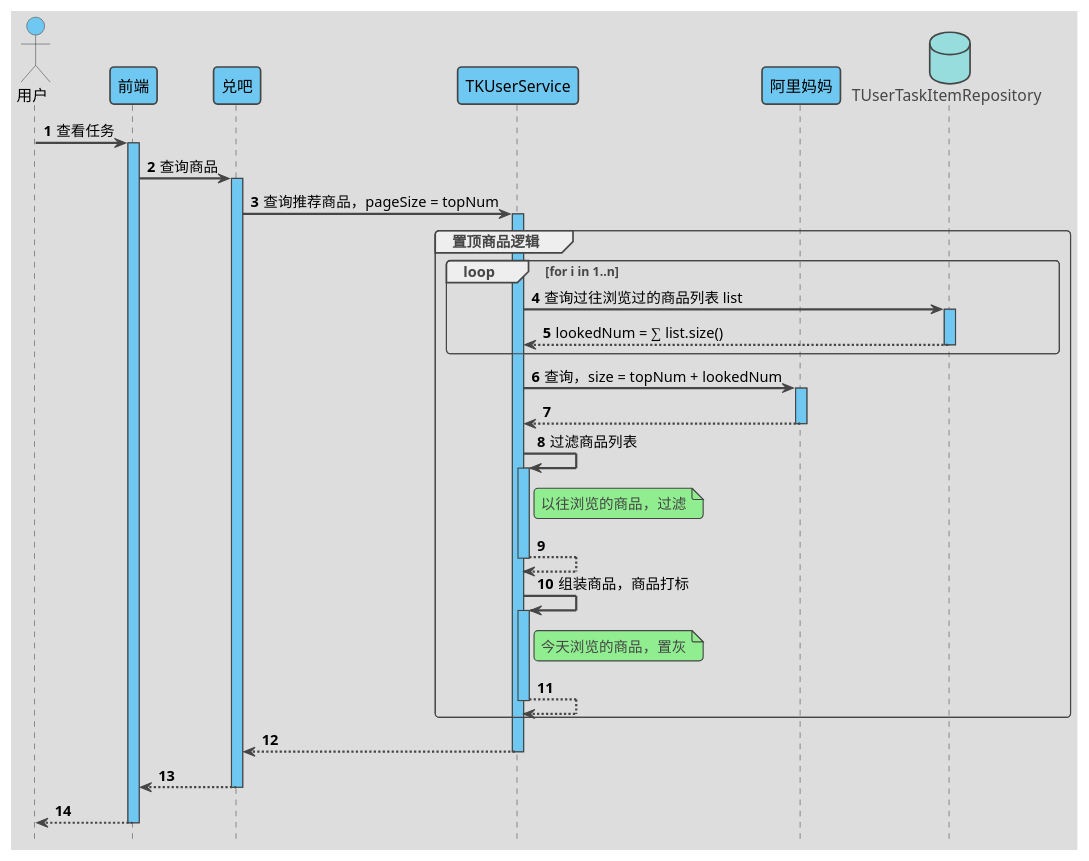
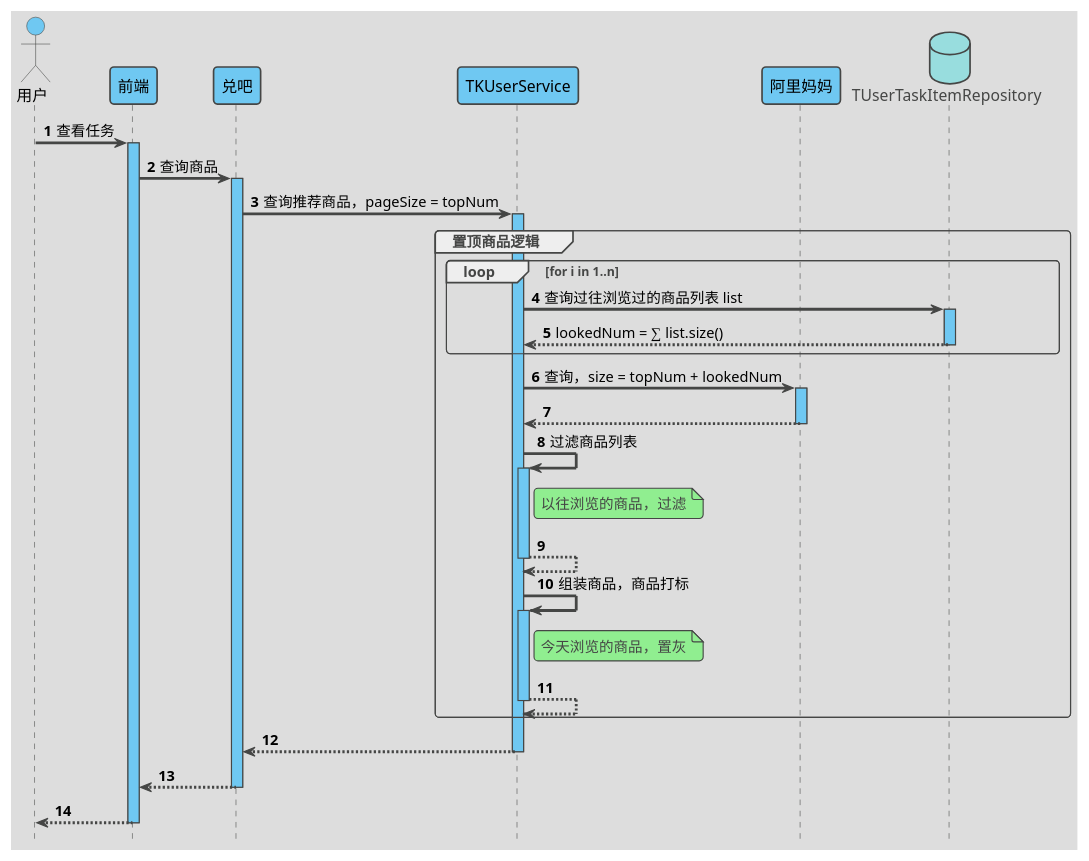
One commit to xauvlove/uml changed the diagram in src/main/resource/使用模板.puml. Above: the diagram before and after it, drawn with PlantUML. The commit also changed 21 other files, not shown here.

```diff
--- a/src/main/resource/使用模板.puml
+++ b/src/main/resource/使用模板.puml
@@ -1,75 +1,75 @@
 @startuml
 
 'https://plantuml.com/sequence-diagram
 
 '隐藏脚注
 hide footbox
 
 '使用 toy 主题
 !theme toy
 
 '自动激活
 autoActivate on
 
 '编号
 autonumber 1
 
 '隐藏孤立的参与者
 hide unlinked
 
 '文字对齐，向左对齐
 skinparam sequenceMessageAlign left
 
 '箭头粗度
-skinparam sequenceArrowThickness 2
+skinparam sequenceArrowThickness 2.5
 
 ' 皮肤
 skinparam sequence {
     LifeLineBackgroundColor #6FC8F2
     ParticipantBackgroundColor #6FC8F2
     ParticipantFontColor black
     ActorBackgroundColor #6FC8F2
     ActorFontColor black
 }
 
 actor 用户 as user
 participant 前端 as front
 participant 兑吧 as out
 participant TKUserService as TKUserService
 participant 阿里妈妈 as Alimama
 database TUserTaskItemRepository as TUserTaskItemRepository
 
 user -> front : 查看任务
 
 front -> out : 查询商品
 
 out -> TKUserService : 查询推荐商品，pageSize = topNum
 
 
 
 group 置顶商品逻辑
     loop for i in 1..n
         TKUserService -> TUserTaskItemRepository : 查询过往浏览过的商品列表 list
         return lookedNum = ∑ list.size()
     end loop
 
     TKUserService -> Alimama : 查询，size = topNum + lookedNum
     return
     TKUserService -> TKUserService : 过滤商品列表
     note right of TKUserService
         以往浏览的商品，过滤
     end note
 
     return
     TKUserService -> TKUserService : 组装商品，商品打标
     note right of TKUserService
         今天浏览的商品，置灰
     end note
     return
 end group
 
 return
 return
 return
 
 @enduml
```
